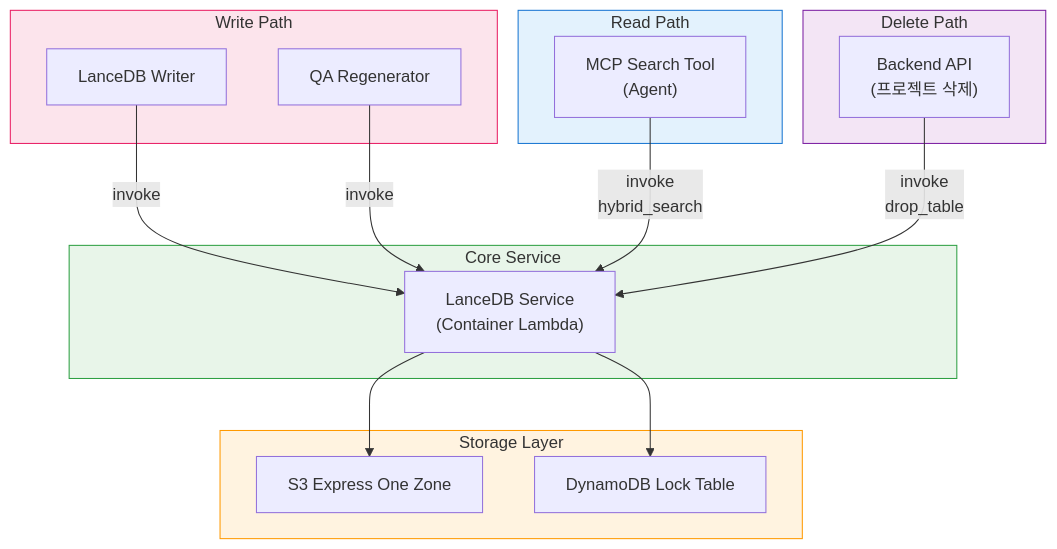
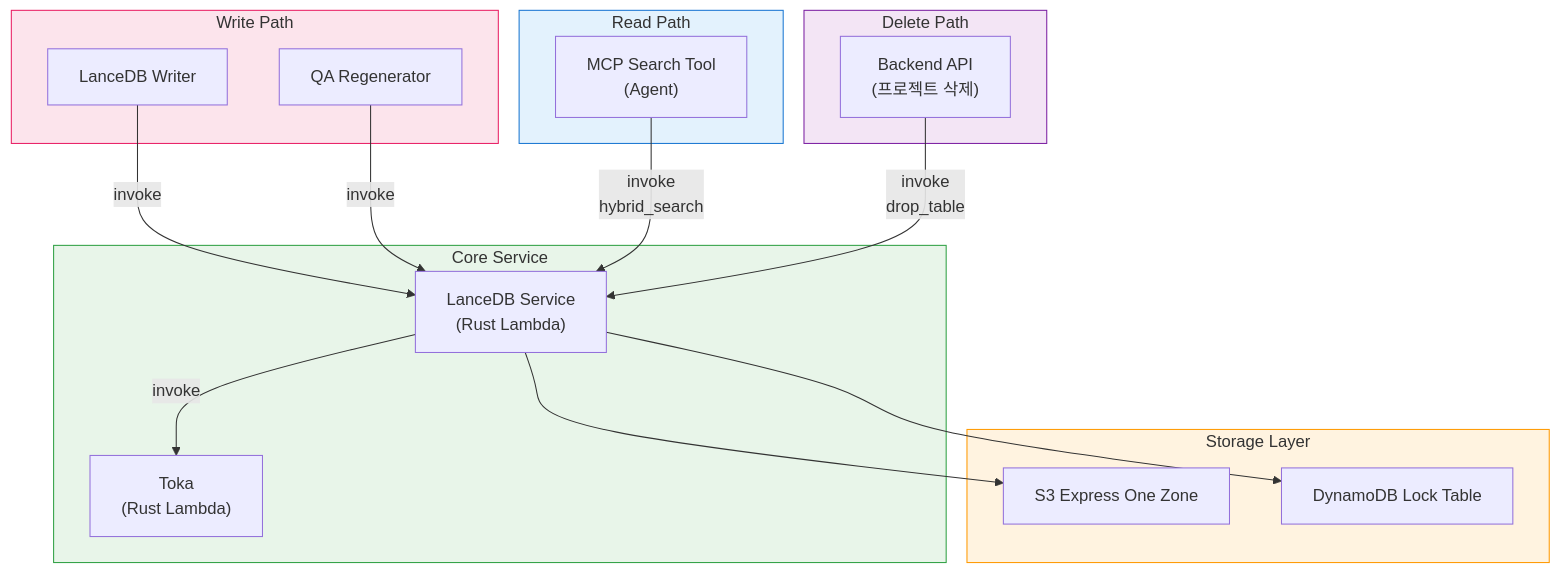
Before and after one commit to aws-samples/sample-aws-idp-pipeline: the diagram in docs/src/content/docs/ko/vectordb.md, drawn with Mermaid. The commit also changed other lines of this file and 9 other files, not shown here.

First line of the commit message:
docs: replace Kiwi with Lindera/ICU4X (Toka), update LanceDB Service to Rust

````diff
--- a/docs/src/content/docs/ko/vectordb.md
+++ b/docs/src/content/docs/ko/vectordb.md
@@ -271,37 +277,39 @@
 ```mermaid
 graph TB
     subgraph Write["Write Path"]
         Writer["LanceDB Writer"]
         QA["QA Regenerator"]
     end
 
     subgraph Read["Read Path"]
         MCP["MCP Search Tool<br/>(Agent)"]
     end
 
     subgraph Delete["Delete Path"]
         Backend["Backend API<br/>(프로젝트 삭제)"]
     end
 
     subgraph Core["Core Service"]
-        Service["LanceDB Service<br/>(Container Lambda)"]
+        Service["LanceDB Service<br/>(Rust Lambda)"]
+        Toka["Toka<br/>(Rust Lambda)"]
     end
 
     subgraph Storage["Storage Layer"]
         S3["S3 Express One Zone"]
         DDB["DynamoDB Lock Table"]
     end
 
     Writer -->|invoke| Service
     QA -->|invoke| Service
     MCP -->|invoke<br/>hybrid_search| Service
     Backend -->|invoke<br/>drop_table| Service
 
     Service --> S3 & DDB
+    Service -->|invoke| Toka
 
     style Storage fill:#fff3e0,stroke:#ff9900
     style Core fill:#e8f5e9,stroke:#2ea043
     style Write fill:#fce4ec,stroke:#e91e63
     style Read fill:#e3f2fd,stroke:#1976d2
     style Delete fill:#f3e5f5,stroke:#7b1fa2
 ```
````
